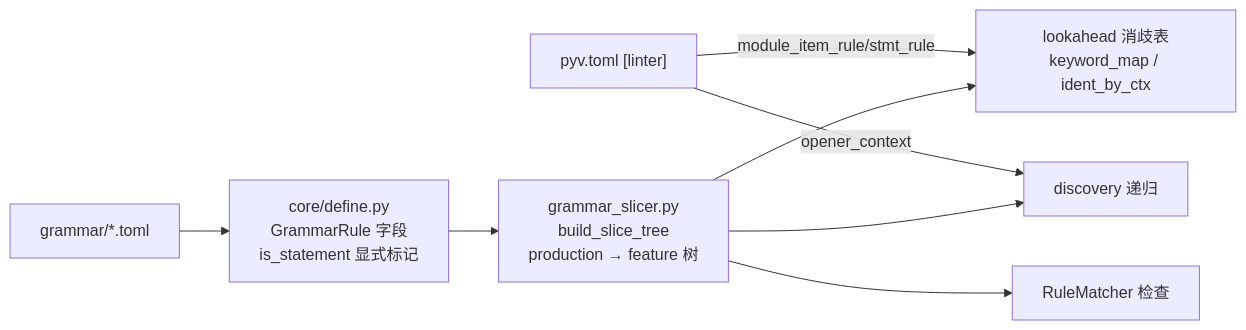
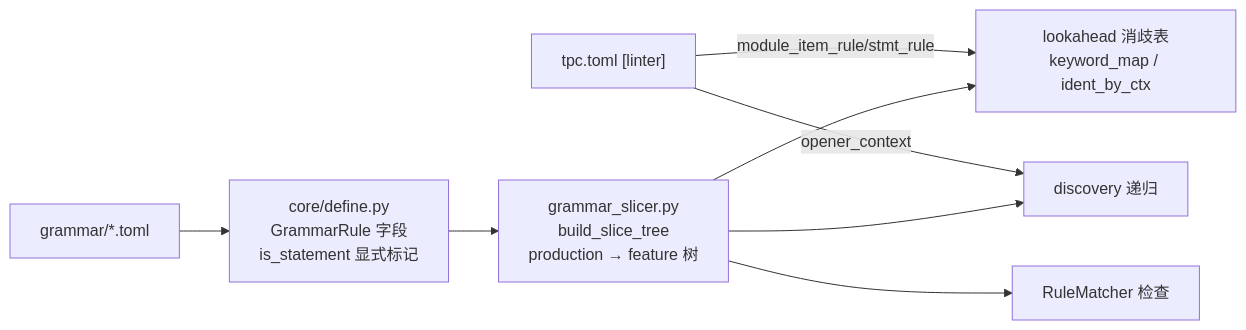
One commit to DogStraight/trans-paradigm-compiler changed the fourth of 5 diagrams in docs/linter_architecture.md. Above: the diagram before and after it, drawn with Mermaid. The commit also changed other lines of this file and 205 other files, not shown here.

````diff
--- a/docs/linter_architecture.md
+++ b/docs/linter_architecture.md
@@ -182,10 +182,10 @@
 ```mermaid
 flowchart LR
     A["grammar/*.toml"] --> B["core/define.py<br/>GrammarRule 字段<br/>is_statement 显式标记"]
     B --> C[grammar_slicer.py<br/>build_slice_tree<br/>production → feature 树]
     C --> D["lookahead 消歧表<br/>keyword_map / ident_by_ctx"]
     C --> E[discovery 递归]
     C --> F[RuleMatcher 检查]
-    G["pyv.toml [linter]"] -->|opener_context| E
+    G["tpc.toml [linter]"] -->|opener_context| E
     G -->|module_item_rule/stmt_rule| D
 ```
````
